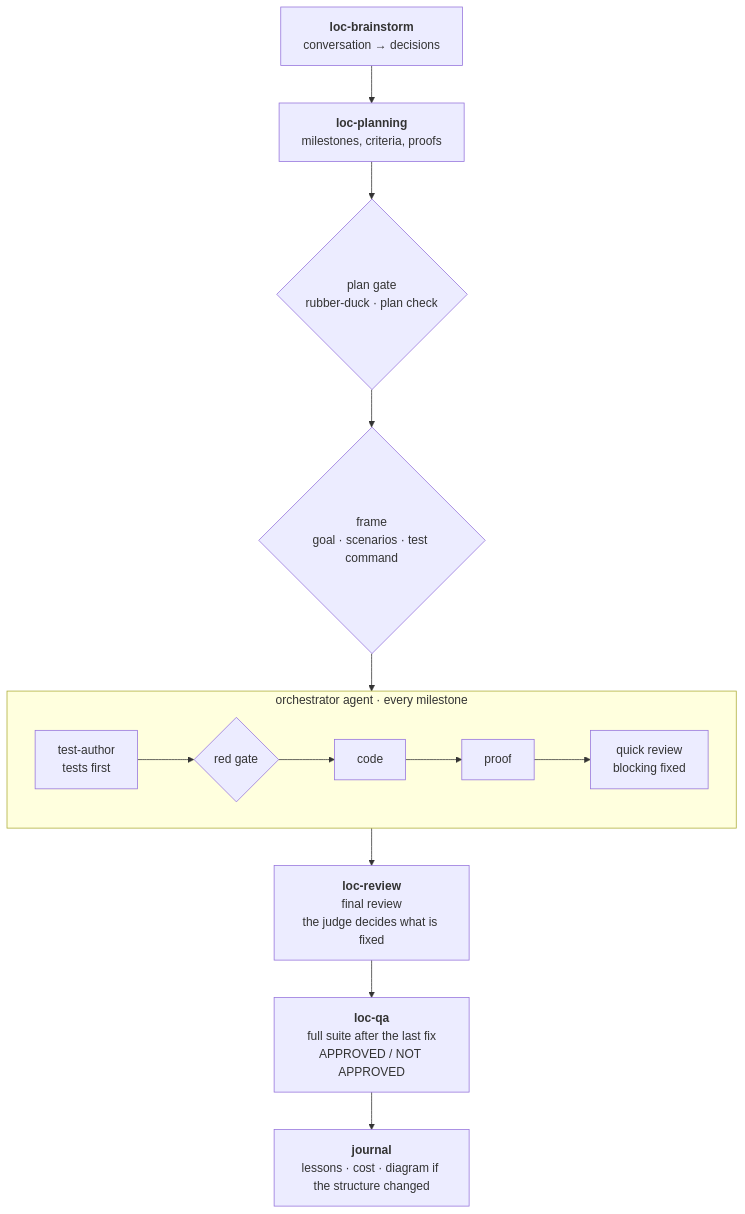
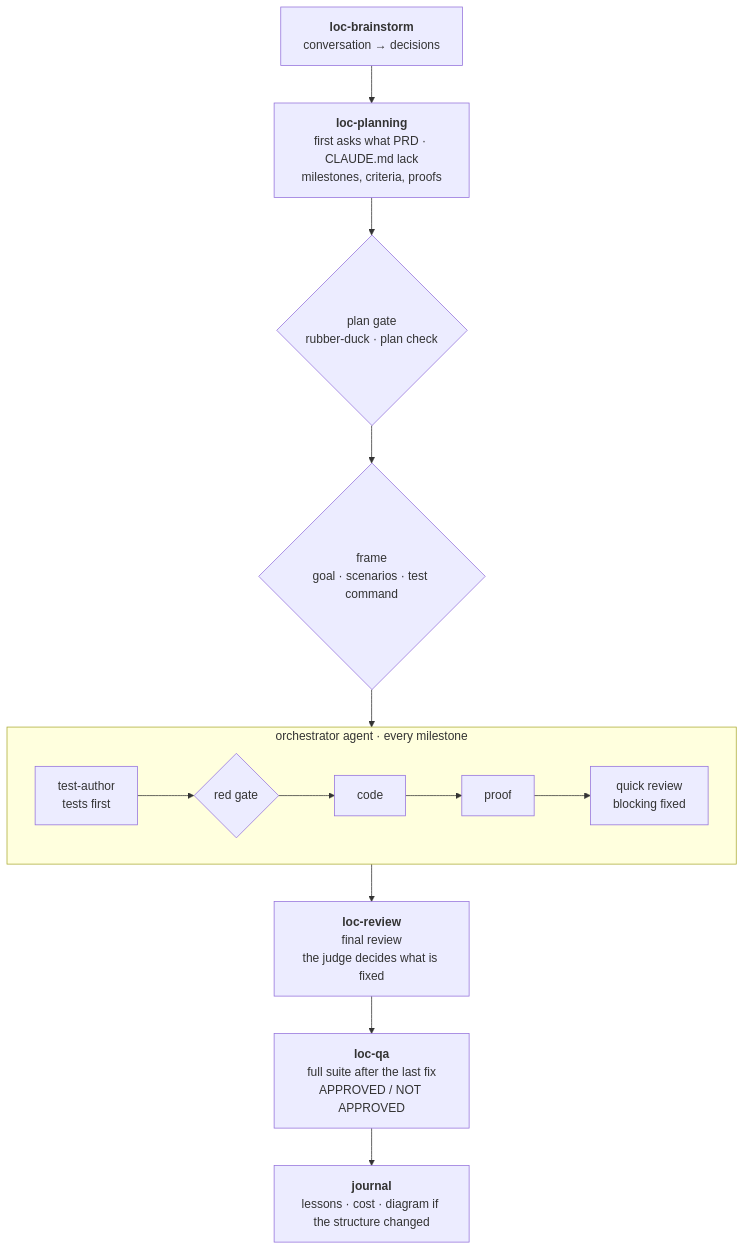
Before and after one commit to etobod/masterskills: the diagram in README.md, drawn with Mermaid. The commit also changed other lines of this file and 7 other files, not shown here.

Commit message:
feat(planning): ask for PRD and CLAUDE.md points before writing the plan (2.32.12)

````diff
--- a/README.md
+++ b/README.md
@@ -72,15 +72,15 @@
 ```mermaid
 flowchart TD
-    A["<b>loc-brainstorm</b><br/>conversation → decisions"] --> B["<b>loc-planning</b><br/>milestones, criteria, proofs"]
+    A["<b>loc-brainstorm</b><br/>conversation → decisions"] --> B["<b>loc-planning</b><br/>first asks what PRD · CLAUDE.md lack<br/>milestones, criteria, proofs"]
     B --> G{"plan gate<br/>rubber-duck · plan check"}
     G --> F{"frame<br/>goal · scenarios · test command"}
     F --> M
     subgraph M["orchestrator agent · every milestone"]
         direction LR
         T["test-author<br/>tests first"] --> R{"red gate"}
         R --> C["code"] --> P["proof"] --> CR["quick review<br/>blocking fixed"]
     end
     M --> RV["<b>loc-review</b><br/>final review<br/>the judge decides what is fixed"]
     RV --> Q["<b>loc-qa</b><br/>full suite after the last fix<br/>APPROVED / NOT APPROVED"]
     Q --> J["<b>journal</b><br/>lessons · cost · diagram if the structure changed"]
 ```
````
